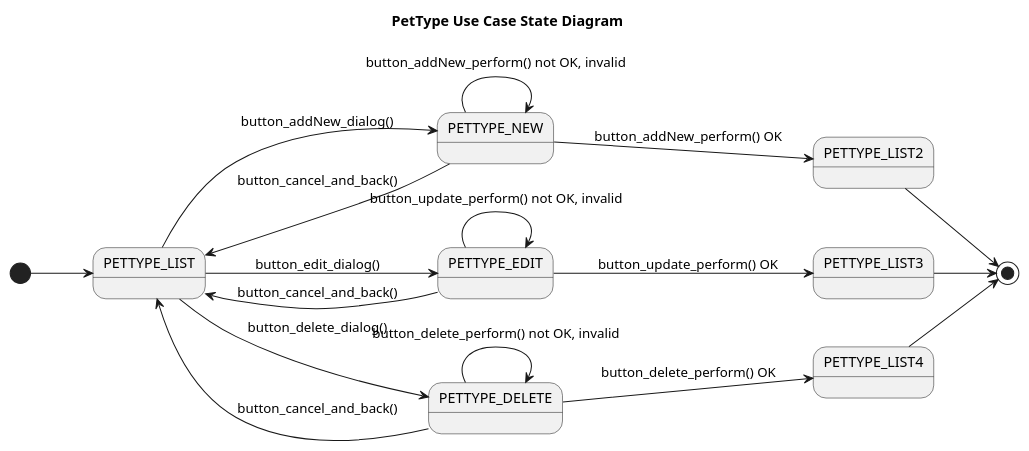
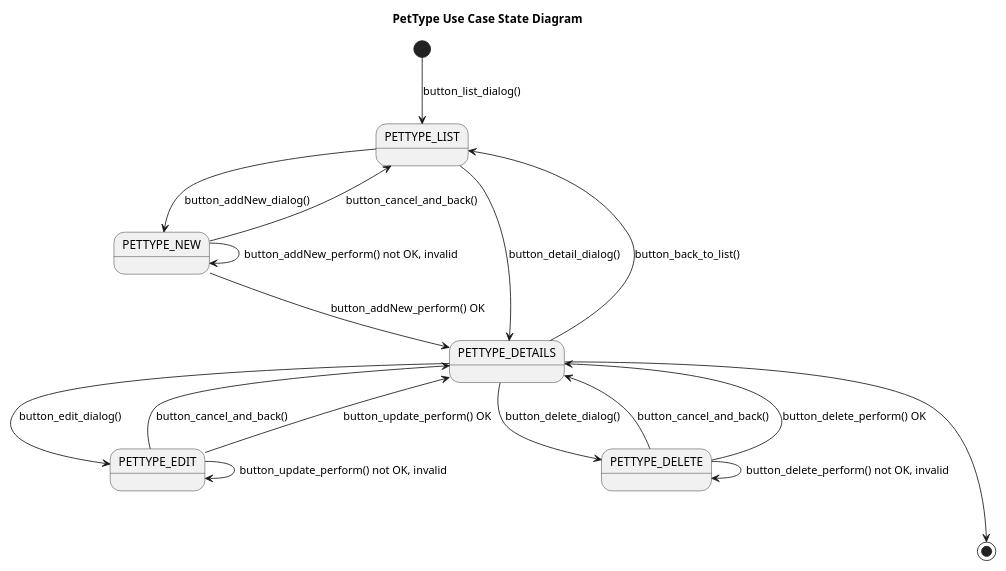
One commit to Jakarta-EE-Petclinic/petclinic-uml changed the diagram in puml/owner/concept/PetType__UseCase_State.puml. Above: the diagram before and after it, drawn with PlantUML.

```diff
--- a/puml/owner/concept/PetType__UseCase_State.puml
+++ b/puml/owner/concept/PetType__UseCase_State.puml
@@ -1,42 +1,40 @@
 @startuml
 
 title PetType Use Case State Diagram
 
 'https://plantuml.com/state-diagram
 
-left to right direction
-' top to bottom direction
+' left to right direction
+top to bottom direction
 
 scale 1000 width
 
-[*] --> PETTYPE_LIST
+[*] --> PETTYPE_LIST: button_list_dialog()
 
 PETTYPE_LIST --> PETTYPE_NEW : button_addNew_dialog()
 PETTYPE_NEW --> PETTYPE_LIST: button_cancel_and_back()
-PETTYPE_NEW --> PETTYPE_LIST2: button_addNew_perform() OK
-
-PETTYPE_LIST --> PETTYPE_EDIT: button_edit_dialog()
-PETTYPE_EDIT --> PETTYPE_LIST: button_cancel_and_back()
-PETTYPE_EDIT --> PETTYPE_LIST3: button_update_perform() OK
-
-PETTYPE_LIST --> PETTYPE_DELETE: button_delete_dialog()
-PETTYPE_DELETE --> PETTYPE_LIST: button_cancel_and_back()
-PETTYPE_DELETE --> PETTYPE_LIST4: button_delete_perform() OK
-
-PETTYPE_LIST2 --> [*]
-PETTYPE_LIST3 --> [*]
-PETTYPE_LIST4 --> [*]
-
-
 state PETTYPE_NEW {
     PETTYPE_NEW --> PETTYPE_NEW : button_addNew_perform() not OK, invalid
 }
+PETTYPE_NEW --> PETTYPE_DETAILS: button_addNew_perform() OK
+
+PETTYPE_LIST --> PETTYPE_DETAILS: button_detail_dialog()
+PETTYPE_DETAILS --> PETTYPE_LIST : button_back_to_list()
+
+PETTYPE_DETAILS --> PETTYPE_EDIT: button_edit_dialog()
+PETTYPE_EDIT --> PETTYPE_DETAILS: button_cancel_and_back()
 state PETTYPE_EDIT {
     PETTYPE_EDIT --> PETTYPE_EDIT: button_update_perform() not OK, invalid
 }
+PETTYPE_EDIT --> PETTYPE_DETAILS: button_update_perform() OK
+
+PETTYPE_DETAILS --> PETTYPE_DELETE: button_delete_dialog()
+PETTYPE_DELETE --> PETTYPE_DETAILS: button_cancel_and_back()
 state PETTYPE_DELETE {
     PETTYPE_DELETE --> PETTYPE_DELETE: button_delete_perform() not OK, invalid
 }
+PETTYPE_DELETE --> PETTYPE_DETAILS: button_delete_perform() OK
 
+PETTYPE_DETAILS ---> [*]
 
 @enduml
```
